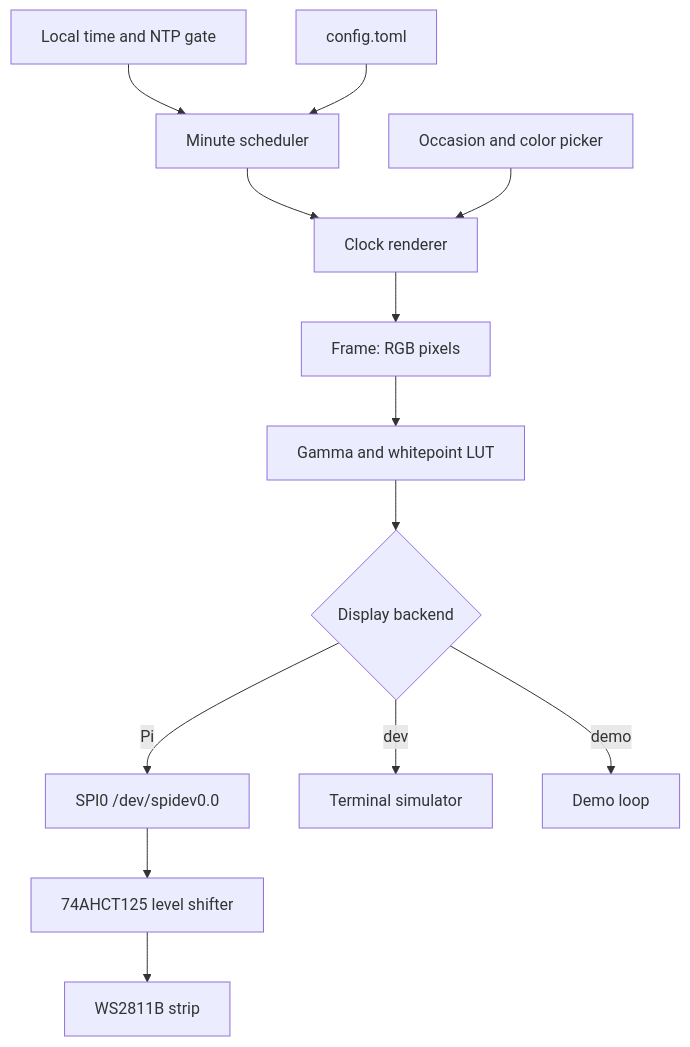
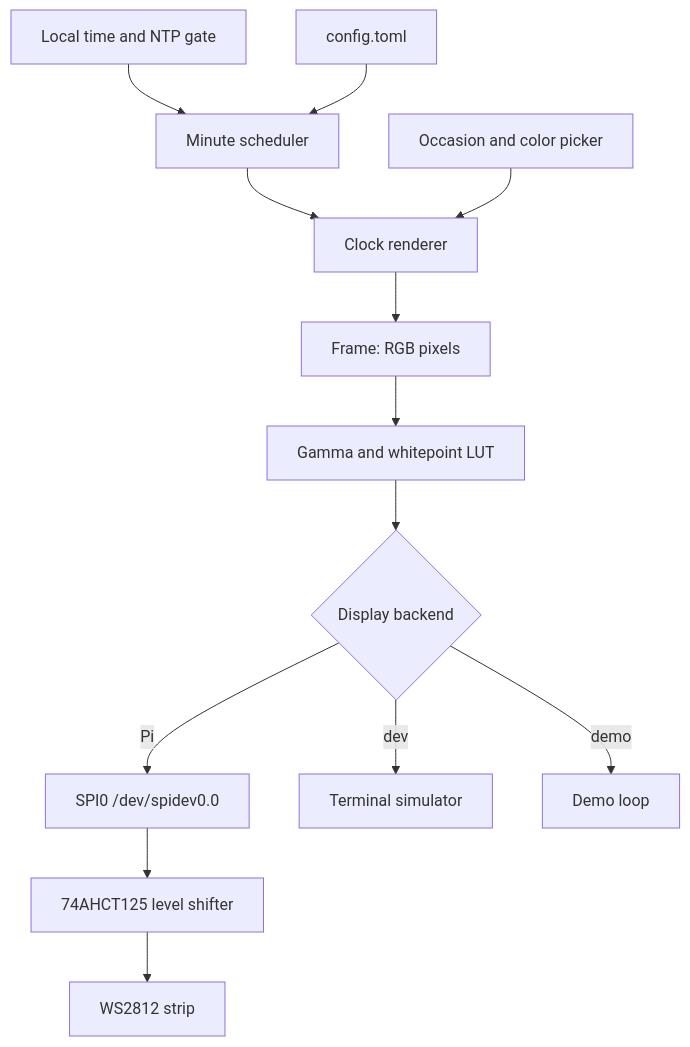
Before and after one commit to suhlig/wordclock-rs: the diagram in openspec/changes/replace-fadecandy-with-rust/design.md, drawn with Mermaid. The commit also changed other lines of this file and 5 other files, not shown here.

First line of the commit message:
Document WS2812 strip and BSS138 level-shifter finding

````diff
--- a/openspec/changes/replace-fadecandy-with-rust/design.md
+++ b/openspec/changes/replace-fadecandy-with-rust/design.md
@@ -93,15 +95,15 @@
 ```mermaid
 flowchart TD
     Time[Local time and NTP gate] --> Scheduler[Minute scheduler]
     Config[config.toml] --> Scheduler
     Scheduler --> Clock[Clock renderer]
     Occasion[Occasion and color picker] --> Clock
     Clock --> Frame[Frame: RGB pixels]
     Frame --> Correction[Gamma and whitepoint LUT]
     Correction --> Display{Display backend}
     Display -->|Pi| Spi[SPI0 /dev/spidev0.0]
     Spi --> Level[74AHCT125 level shifter]
-    Level --> Strip[WS2811B strip]
+    Level --> Strip[WS2812 strip]
     Display -->|dev| Terminal[Terminal simulator]
     Display -->|demo| Demo[Demo loop]
 ```
````
